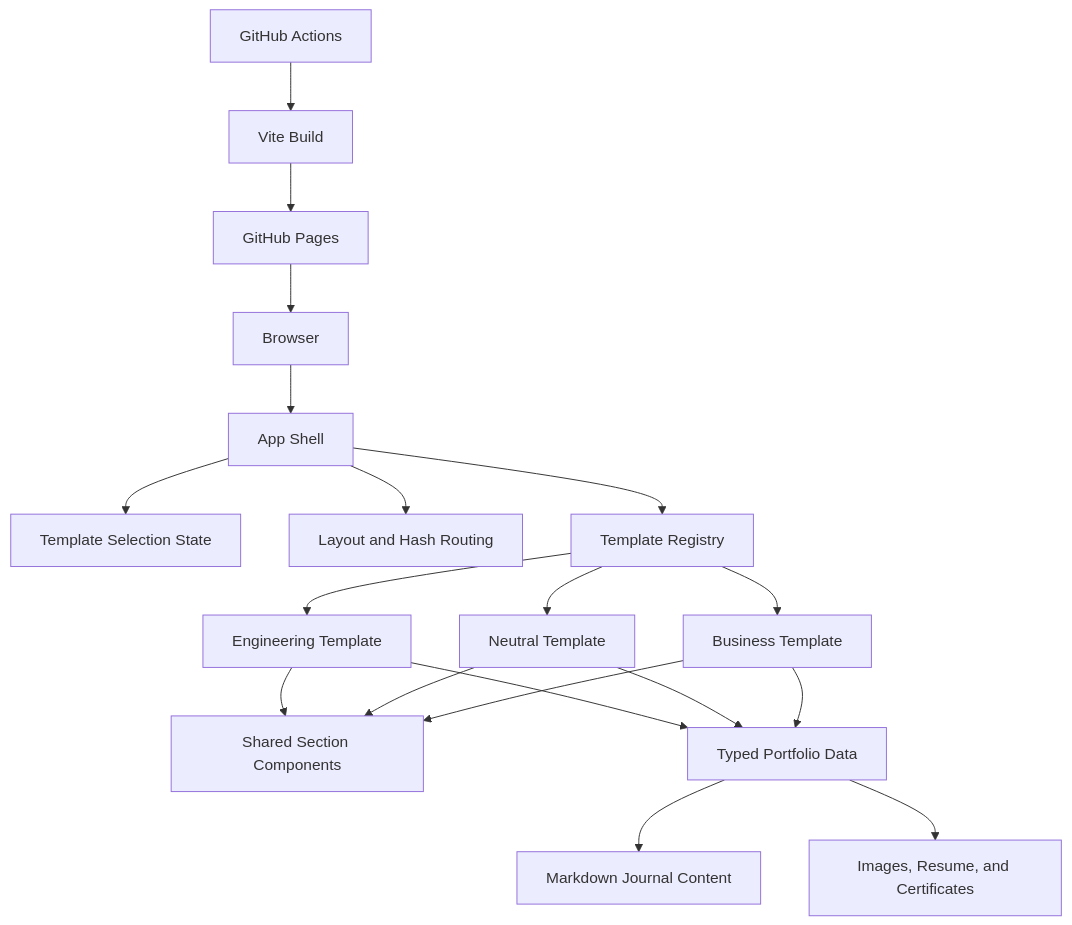
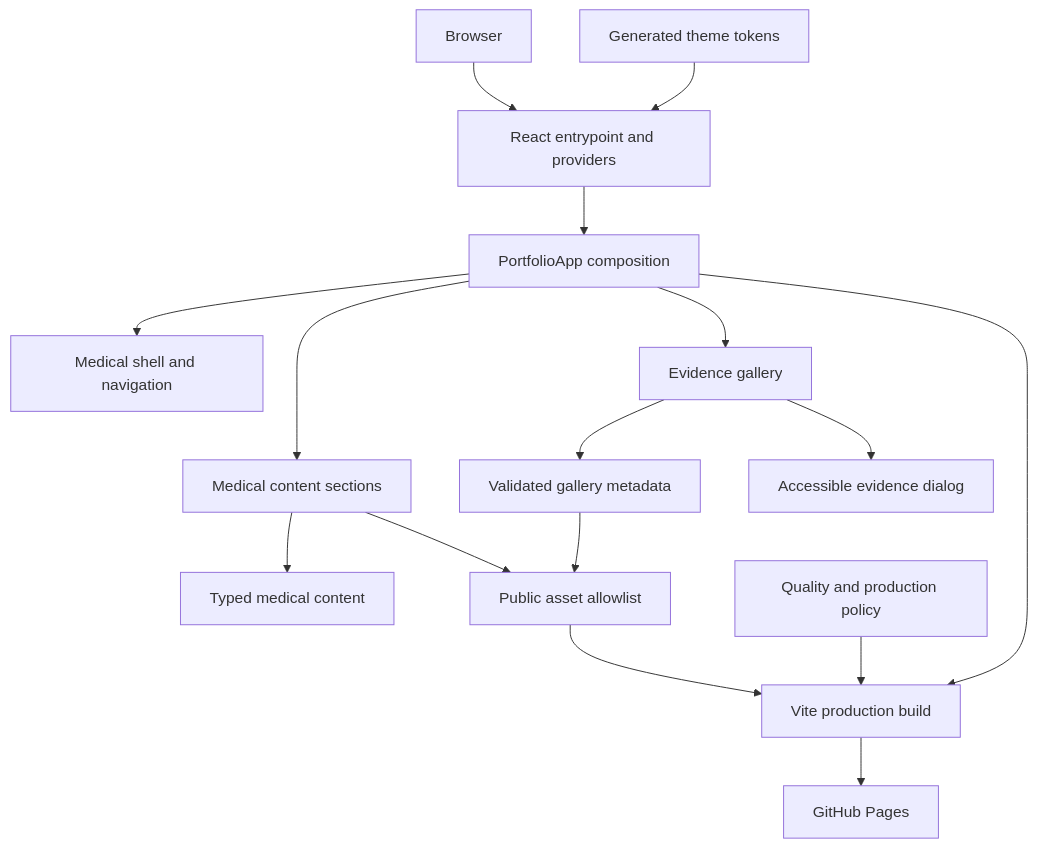
The first of 2 diagrams in aidlc-docs/inception/reverse-engineering/architecture.md (StratusNebulosus/StratusNebulosus.github.io), drawn with Mermaid before and after one commit. The commit also changed other lines of this file and 299 other files, not shown here.

````diff
--- a/aidlc-docs/inception/reverse-engineering/architecture.md
+++ b/aidlc-docs/inception/reverse-engineering/architecture.md
@@ -9,37 +9,18 @@
 ```mermaid
 flowchart TD
-    Browser["Browser"]
-    App["App Shell"]
-    Selection["Template Selection State"]
-    Layout["Layout and Hash Routing"]
-    Registry["Template Registry"]
-    Engineering["Engineering Template"]
-    Neutral["Neutral Template"]
-    Business["Business Template"]
-    Shared["Shared Section Components"]
-    Data["Typed Portfolio Data"]
-    Journal["Markdown Journal Content"]
-    Assets["Images, Resume, and Certificates"]
-    Build["Vite Build"]
-    Actions["GitHub Actions"]
-    Pages["GitHub Pages"]
-
-    Browser --> App
-    App --> Selection
-    App --> Layout
-    App --> Registry
-    Registry --> Engineering
-    Registry --> Neutral
-    Registry --> Business
-    Engineering --> Shared
-    Neutral --> Shared
-    Business --> Shared
-    Engineering --> Data
-    Neutral --> Data
-    Business --> Data
-    Data --> Journal
-    Data --> Assets
-    Actions --> Build
-    Build --> Pages
-    Pages --> Browser
+    Browser["Browser"] --> Main["React entrypoint and providers"]
+    Main --> App["PortfolioApp composition"]
+    App --> Shell["Medical shell and navigation"]
+    App --> Sections["Medical content sections"]
+    App --> Gallery["Evidence gallery"]
+    Sections --> Content["Typed medical content"]
+    Sections --> Assets["Public asset allowlist"]
+    Gallery --> GalleryData["Validated gallery metadata"]
+    GalleryData --> Assets
+    Gallery --> Dialog["Accessible evidence dialog"]
+    Themes["Generated theme tokens"] --> Main
+    Tests["Quality and production policy"] --> Build["Vite production build"]
+    App --> Build
+    Assets --> Build
+    Build --> Pages["GitHub Pages"]
 ```
````
